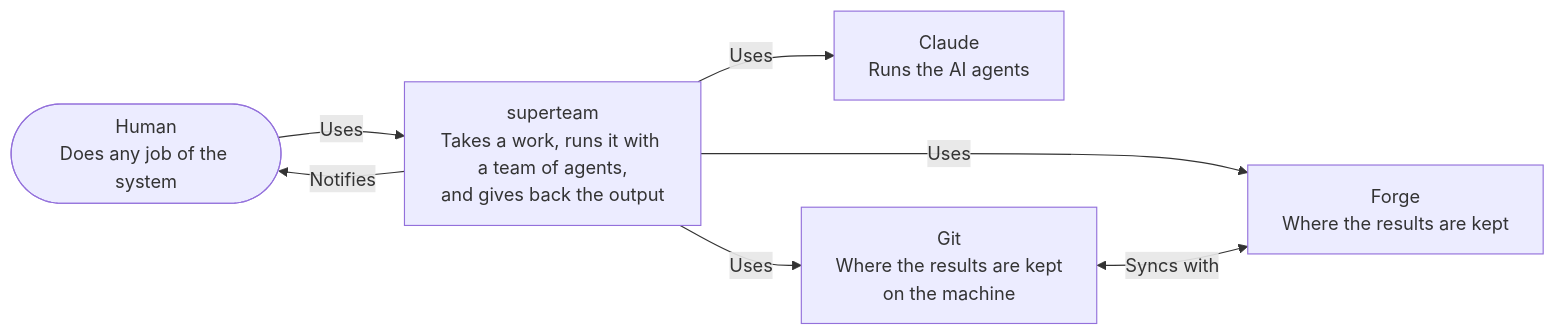
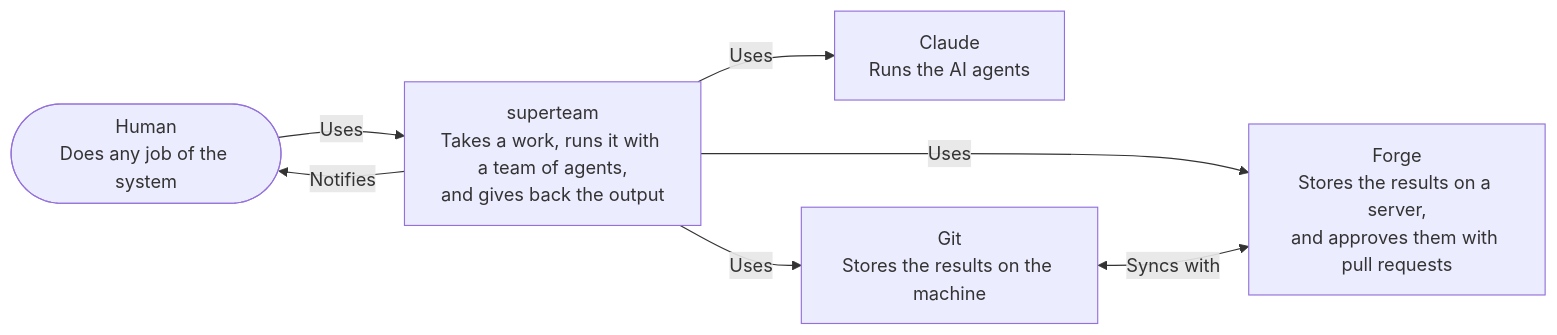
The first of 2 diagrams in docs/architecture.md (longlh/superteam), drawn with Mermaid before and after one commit. The commit also changed other lines of this file, not shown here.

Commit message:
Separate git and the forge in the context and container levels
Git stores the results on the machine. The forge stores them on a server,
and approves them with pull requests.

Claude-Session: https://claude.ai/code/session_01AKt5gqM1KSE7Uq2YBs1m3X

````diff
--- a/docs/architecture.md
+++ b/docs/architecture.md
@@ -54,15 +54,15 @@
 ```mermaid
 flowchart LR
     human(["Human<br/>Does any job of the system"])
     superteam["superteam<br/>Takes a work, runs it with a team of agents,<br/>and gives back the output"]
     claude["Claude<br/>Runs the AI agents"]
-    git["Git<br/>Where the results are kept<br/>on the machine"]
-    forge["Forge<br/>Where the results are kept"]
+    git["Git<br/>Stores the results on the machine"]
+    forge["Forge<br/>Stores the results on a server,<br/>and approves them with pull requests"]
 
     human -->|Uses| superteam
     superteam -->|Notifies| human
     superteam -->|Uses| claude
     superteam -->|Uses| forge
     superteam -->|Uses| git
     git <-->|Syncs with| forge
 ```
````
